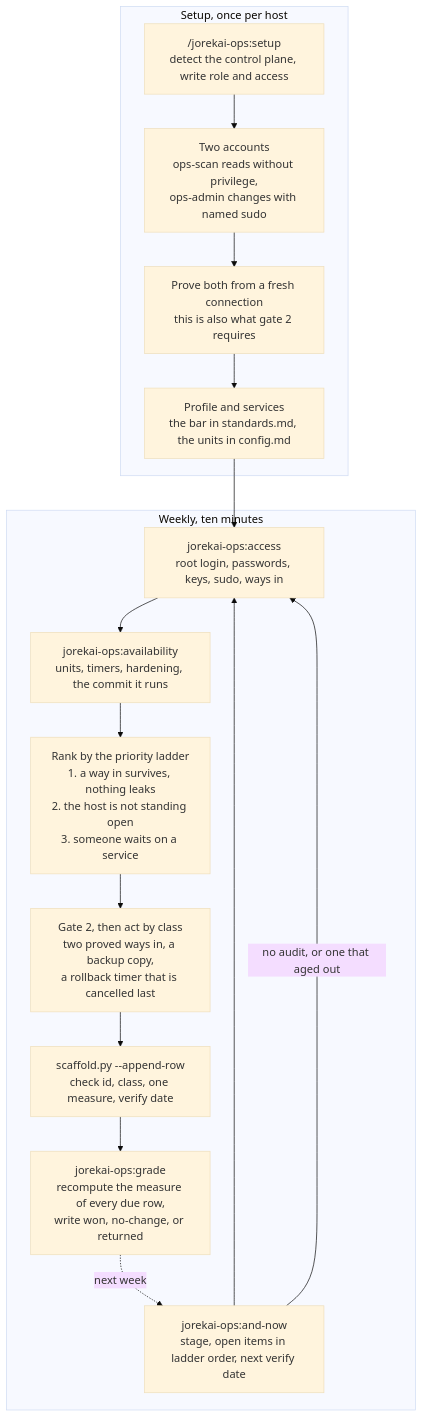
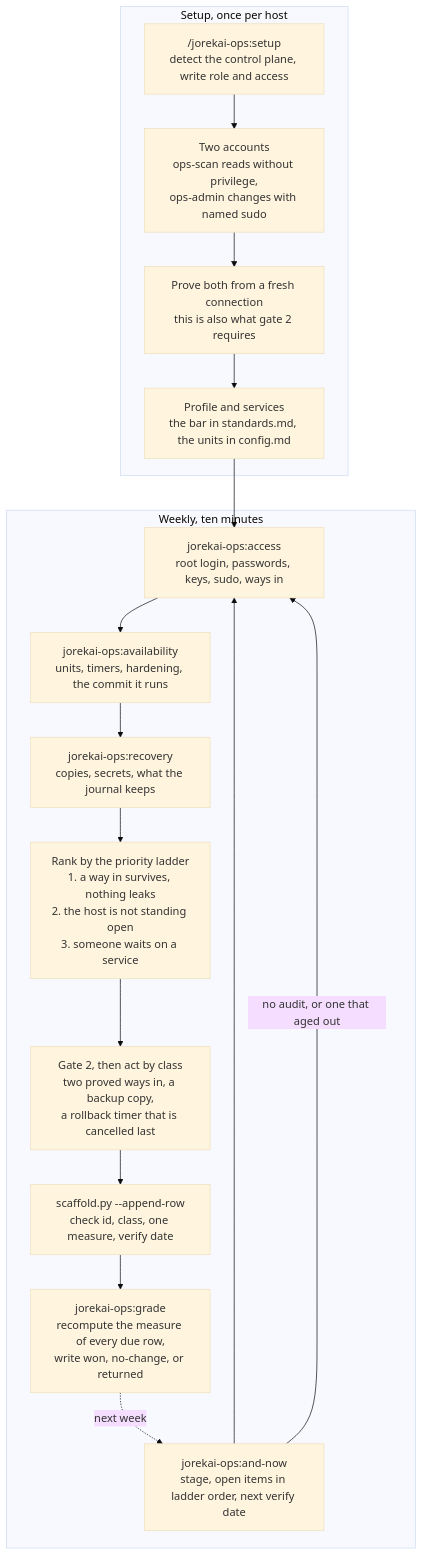
Before and after one commit to jorekai/skills: the third of 3 diagrams in README.md, drawn with Mermaid (base theme). The commit also changed other lines of this file and 20 other files, not shown here.

````diff
--- a/README.md
+++ b/README.md
@@ -234,25 +234,26 @@
 ```mermaid
 flowchart TD
     subgraph E["Setup, once per host"]
         S1["/jorekai-ops:setup<br/>detect the control plane, write role and access"]
         S2["Two accounts<br/>ops-scan reads without privilege,<br/>ops-admin changes with named sudo"]
         S3["Prove both from a fresh connection<br/>this is also what gate 2 requires"]
         S4["Profile and services<br/>the bar in standards.md, the units in config.md"]
         S1 --> S2 --> S3 --> S4
     end
 
     subgraph W["Weekly, ten minutes"]
         W1["jorekai-ops:and-now<br/>stage, open items in ladder order, next verify date"]
         W2["jorekai-ops:access<br/>root login, passwords, keys, sudo, ways in"]
         W3["jorekai-ops:availability<br/>units, timers, hardening, the commit it runs"]
+        W3b["jorekai-ops:recovery<br/>copies, secrets, what the journal keeps"]
         W4["Rank by the priority ladder<br/>1. a way in survives, nothing leaks<br/>2. the host is not standing open<br/>3. someone waits on a service"]
         W5["Gate 2, then act by class<br/>two proved ways in, a backup copy,<br/>a rollback timer that is cancelled last"]
         W6["scaffold.py --append-row<br/>check id, class, one measure, verify date"]
         W7["jorekai-ops:grade<br/>recompute the measure of every due row,<br/>write won, no-change, or returned"]
-        W1 --> W2 --> W3 --> W4 --> W5 --> W6 --> W7
+        W1 --> W2 --> W3 --> W3b --> W4 --> W5 --> W6 --> W7
         W7 -. "next week" .-> W1
     end
 
     S4 --> W2
     W1 -- "no audit, or one that aged out" --> W2
 ```
````
